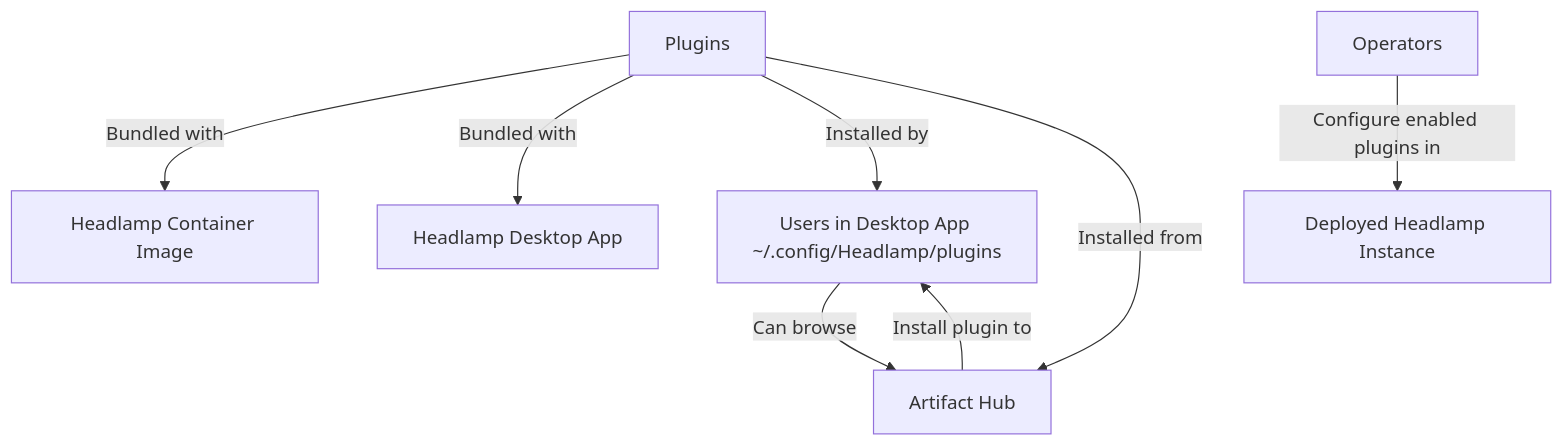
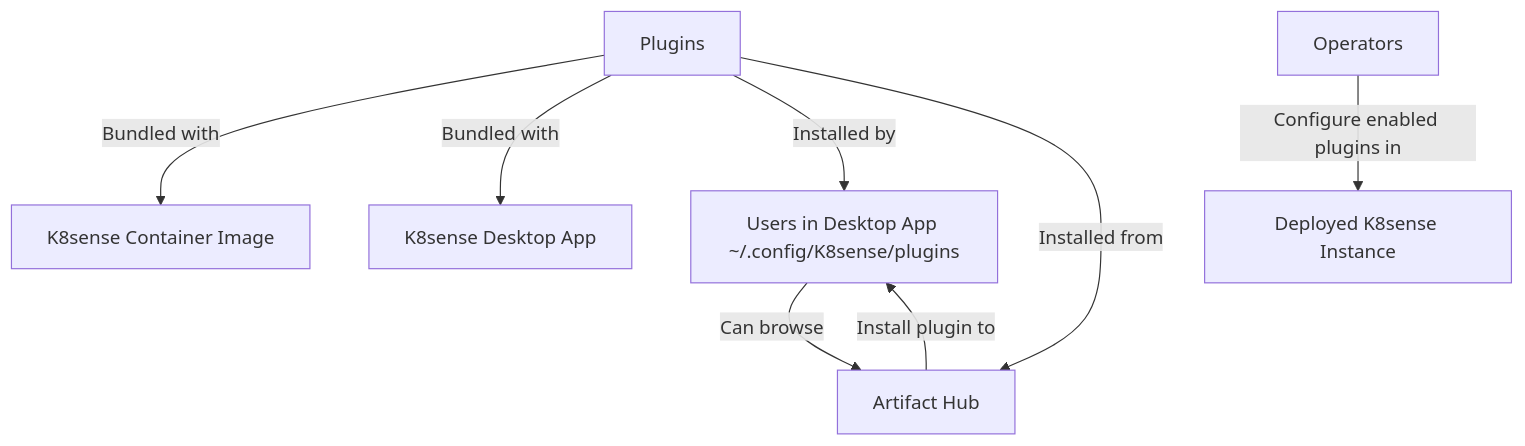
The fifth of 5 diagrams in docs/development/architecture.md (OA879/K8Sense), drawn with Mermaid before and after one commit. The commit also changed other lines of this file and 466 other files, not shown here.

````diff
--- a/docs/development/architecture.md
+++ b/docs/development/architecture.md
@@ -106,10 +106,10 @@
 ```mermaid
 graph TD
-    F[Plugins] -->|Bundled with| K[Headlamp Container Image]
-    F -->|Bundled with| L[Headlamp Desktop App]
-    F -->|Installed by| M[Users in Desktop App ~/.config/Headlamp/plugins]
+    F[Plugins] -->|Bundled with| K[K8sense Container Image]
+    F -->|Bundled with| L[K8sense Desktop App]
+    F -->|Installed by| M[Users in Desktop App ~/.config/K8sense/plugins]
     F -->|Installed from| N[Artifact Hub]
-    O[Operators] -->|Configure enabled plugins in| P[Deployed Headlamp Instance]
+    O[Operators] -->|Configure enabled plugins in| P[Deployed K8sense Instance]
     M -->|Can browse| N
     N -->|Install plugin to| M
 ```
````
